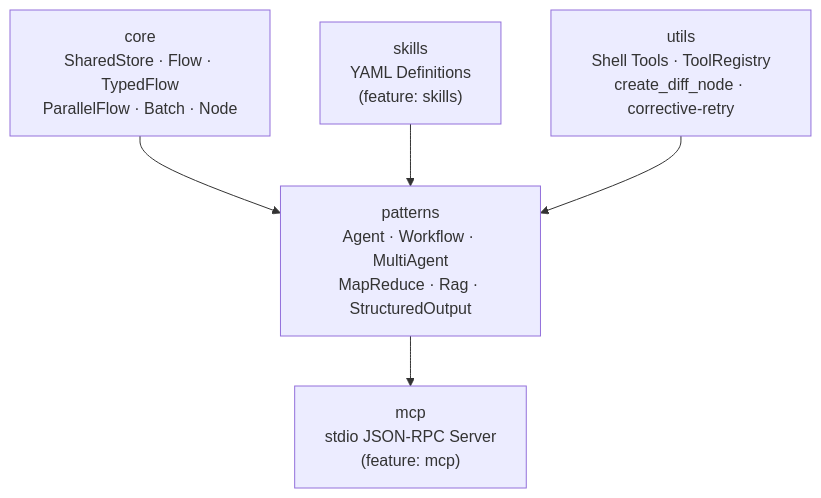
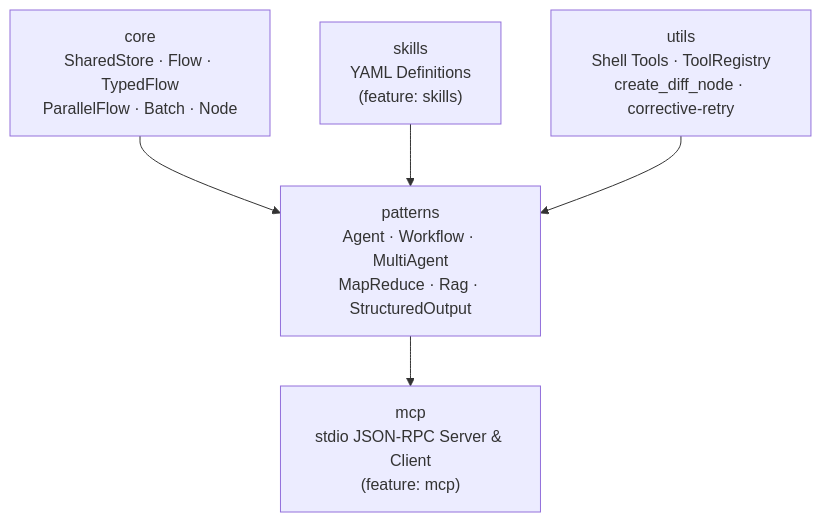
One commit to EzekTec-Inc/AgentFlow changed the first of 10 diagrams in README.md. Above: the diagram before and after it, drawn with Mermaid. The commit also changed 33 other files, not shown here.

````diff
--- a/README.md
+++ b/README.md
@@ -23,13 +23,13 @@
 ```mermaid
 graph TD
     Core["core<br>SharedStore · Flow · TypedFlow<br>ParallelFlow · Batch · Node"]
     Patterns["patterns<br>Agent · Workflow · MultiAgent<br>MapReduce · Rag · StructuredOutput"]
     Skills["skills<br>YAML Definitions<br>(feature: skills)"]
     Utils["utils<br>Shell Tools · ToolRegistry<br>create_diff_node · corrective-retry"]
-    MCP["mcp<br>stdio JSON-RPC Server<br>(feature: mcp)"]
+    MCP["mcp<br>stdio JSON-RPC Server & Client<br>(feature: mcp)"]
 
     Core --> Patterns
     Skills --> Patterns
     Utils --> Patterns
     Patterns --> MCP
 ```
````
